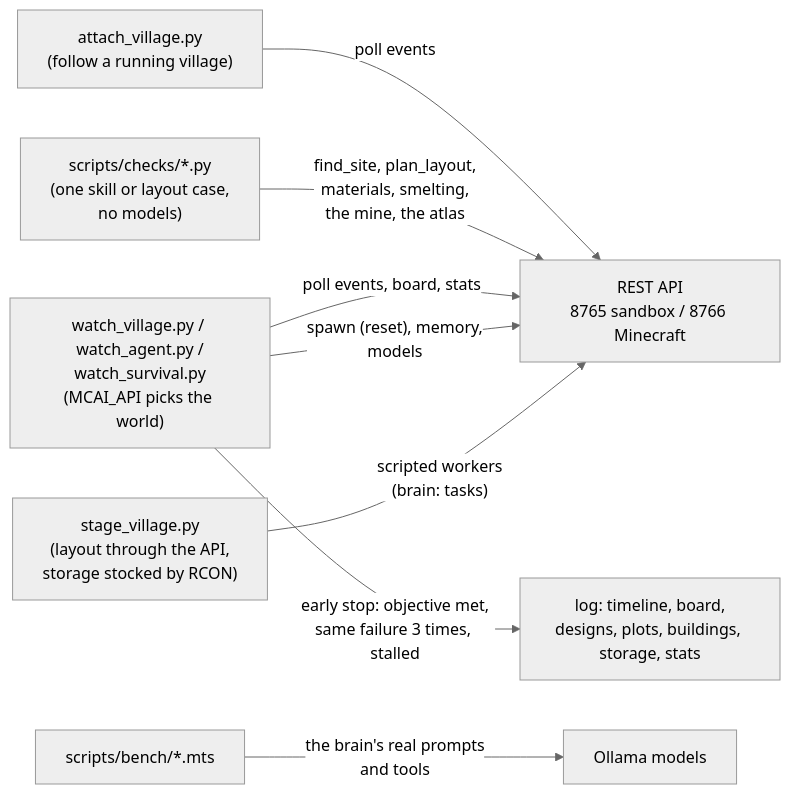
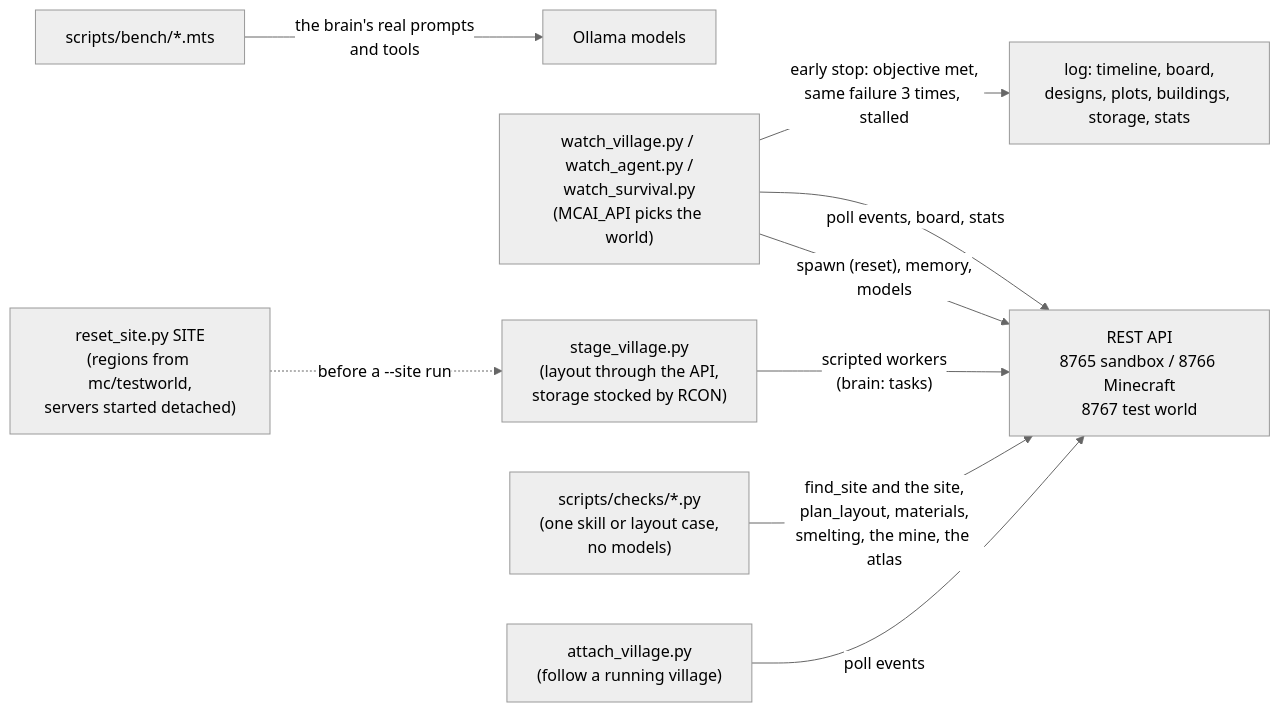
Before and after one commit to delphium226/MCAISandbox: diagram 11 of 13 in docs/ARCHITECTURE.md, drawn with Mermaid (neutral theme). The commit also changed other lines of this file and 3 other files, not shown here.

First line of the commit message:
T.4: parallel staged runs on the main and the test world; docs for phase T

````diff
--- a/docs/ARCHITECTURE.md
+++ b/docs/ARCHITECTURE.md
@@ -464,10 +474,11 @@
 ```mermaid
 flowchart LR
-  stage["stage_village.py<br/>(layout through the API,<br/>storage stocked by RCON)"] -- "scripted workers<br/>(brain: tasks)" --> api["REST API<br/>8765 sandbox / 8766 Minecraft"]
+  reset["reset_site.py SITE<br/>(regions from mc/testworld,<br/>servers started detached)"] -. "before a --site run" .-> stage
+  stage["stage_village.py<br/>(layout through the API,<br/>storage stocked by RCON)"] -- "scripted workers<br/>(brain: tasks)" --> api["REST API<br/>8765 sandbox / 8766 Minecraft<br/>8767 test world"]
   script["watch_village.py / watch_agent.py /<br/>watch_survival.py<br/>(MCAI_API picks the world)"] -- "spawn (reset), memory,<br/>models" --> api
   script -- "poll events, board, stats" --> api
   script -- "early stop: objective met,<br/>same failure 3 times, stalled" --> report["log: timeline, board,<br/>designs, plots, buildings, storage, stats"]
   bench["scripts/bench/*.mts"] -- "the brain's real prompts<br/>and tools" --> ollama["Ollama models"]
-  checks["scripts/checks/*.py<br/>(one skill or layout case,<br/>no models)"] -- "find_site, plan_layout,<br/>materials, smelting,<br/>the mine, the atlas" --> api
+  checks["scripts/checks/*.py<br/>(one skill or layout case,<br/>no models)"] -- "find_site and the site,<br/>plan_layout, materials,<br/>smelting, the mine, the atlas" --> api
   attach["attach_village.py<br/>(follow a running village)"] -- "poll events" --> api
 ```
````
